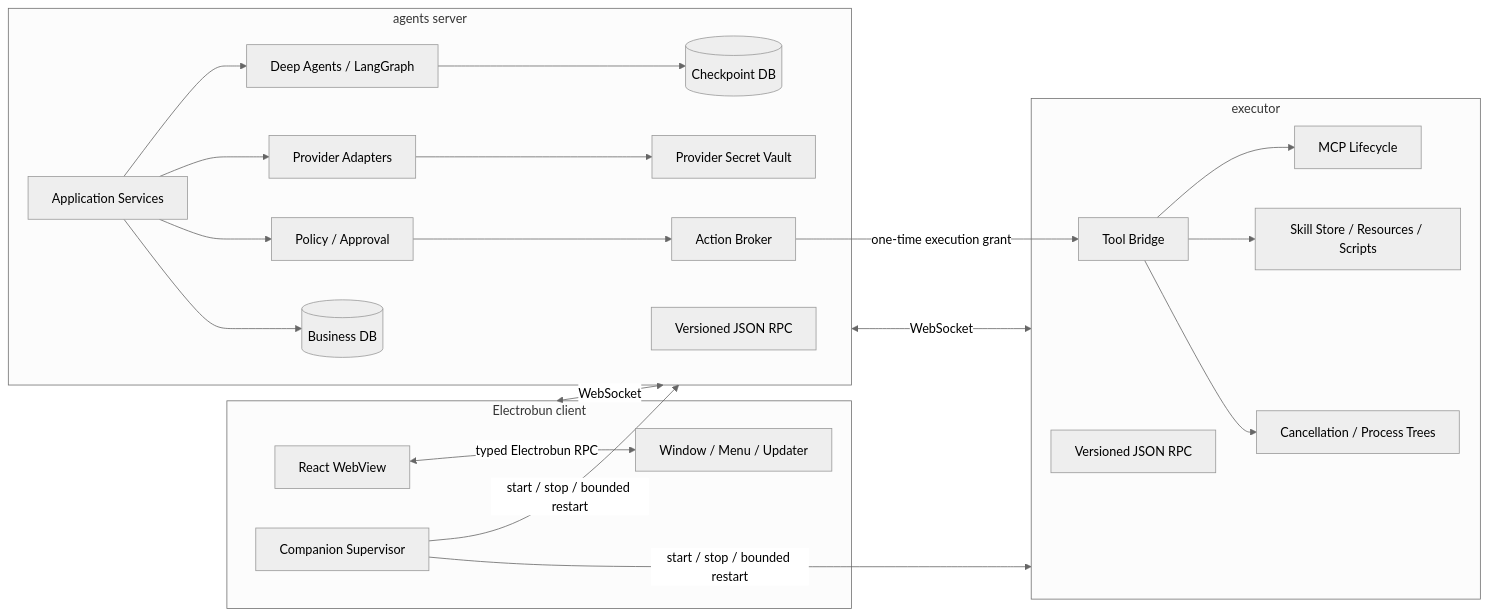
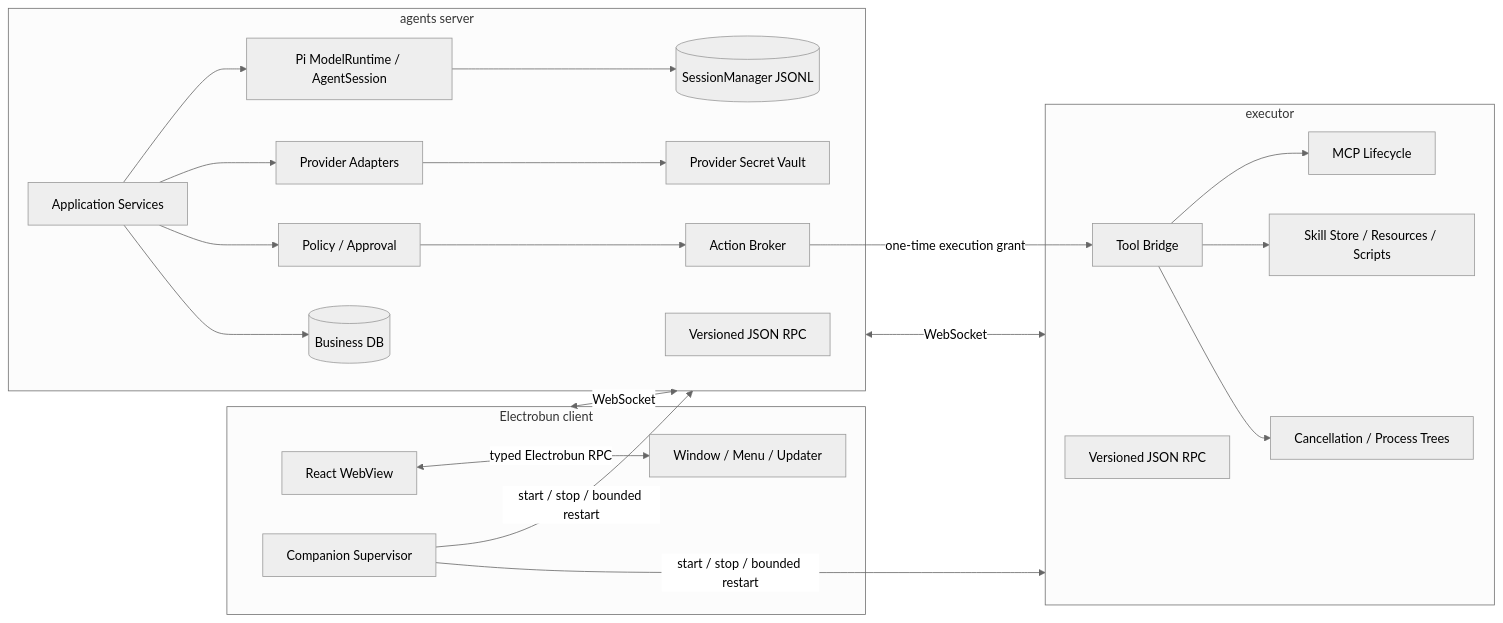
One commit to weivea/moshu changed the first of 2 diagrams in docs/implementation/architecture.md. Above: the diagram before and after it, drawn with Mermaid (neutral theme). The commit also changed other lines of this file and 221 other files, not shown here.

First line of the commit message:
Migrate AI runtime to Pi Agent

````diff
--- a/docs/implementation/architecture.md
+++ b/docs/implementation/architecture.md
@@ -31,46 +32,46 @@
 ```mermaid
 flowchart LR
     subgraph C[Electrobun client]
         UI[React WebView]
         DESKTOP[Window / Menu / Updater]
         SUP[Companion Supervisor]
         UI <-->|typed Electrobun RPC| DESKTOP
     end
 
     subgraph S[agents server]
         RPCS[Versioned JSON RPC]
         APP[Application Services]
-        AGENT[Deep Agents / LangGraph]
+        AGENT[Pi ModelRuntime / AgentSession]
         PROVIDER[Provider Adapters]
         POLICY[Policy / Approval]
         BROKER[Action Broker]
         DB[(Business DB)]
-        CP[(Checkpoint DB)]
+        CP[(SessionManager JSONL)]
         VAULT[Provider Secret Vault]
     end
 
     subgraph E[executor]
         RPCE[Versioned JSON RPC]
         TOOLS[Tool Bridge]
         MCP[MCP Lifecycle]
         SKILLS[Skill Store / Resources / Scripts]
         PROC[Cancellation / Process Trees]
     end
 
     C <-->|WebSocket| S
     S <-->|WebSocket| E
     SUP -->|start / stop / bounded restart| S
     SUP -->|start / stop / bounded restart| E
 
     APP --> AGENT
     APP --> PROVIDER
     APP --> POLICY
     POLICY --> BROKER
     APP --> DB
     AGENT --> CP
     PROVIDER --> VAULT
     BROKER -->|one-time execution grant| TOOLS
     TOOLS --> MCP
     TOOLS --> SKILLS
     TOOLS --> PROC
 ```
````
